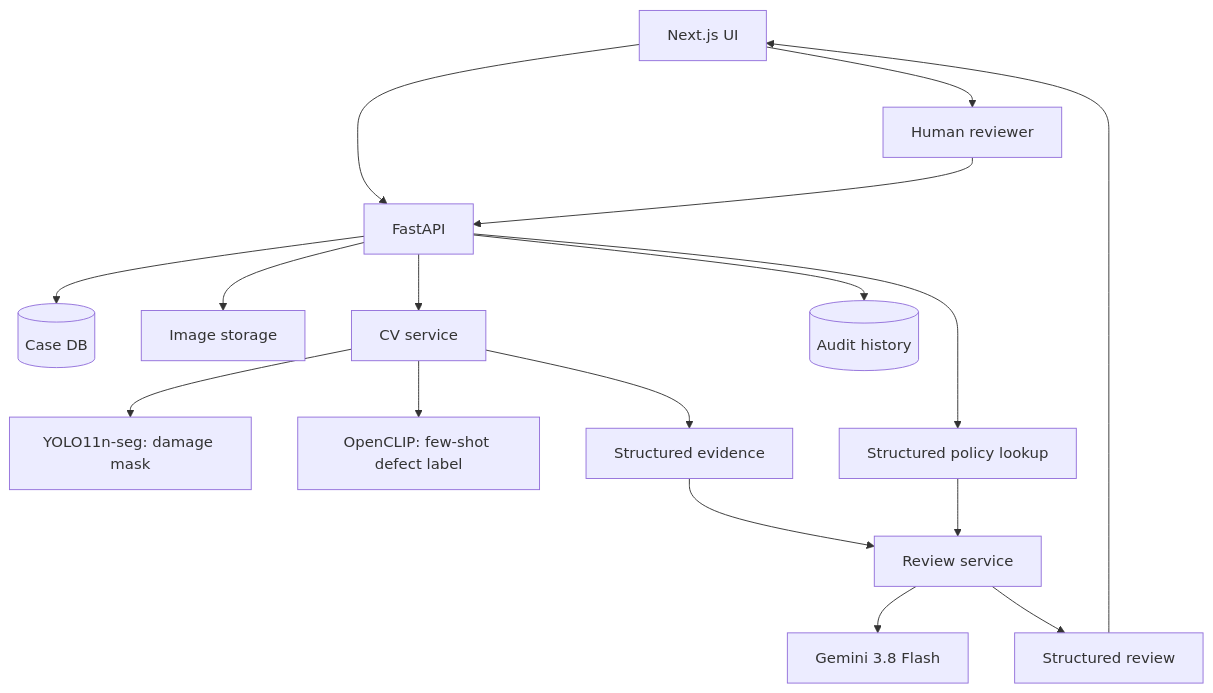
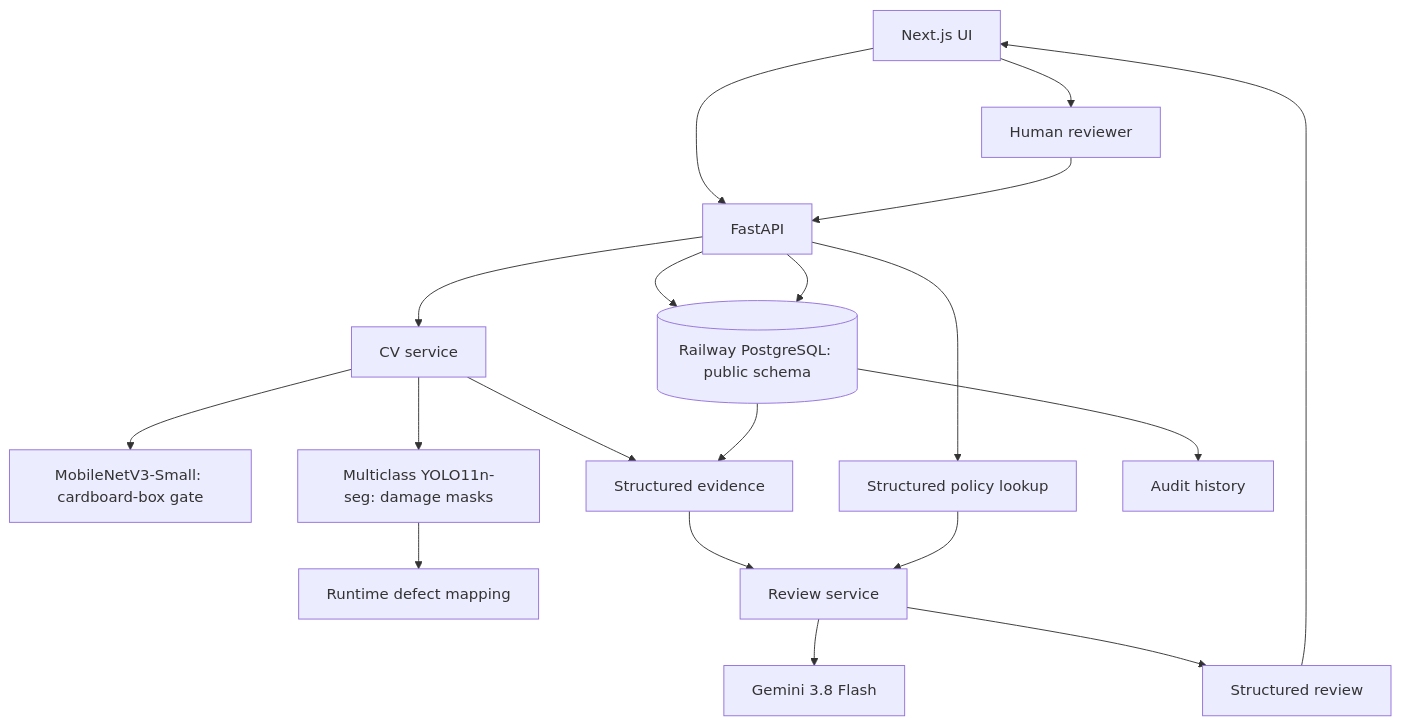
One commit to Rishikeshsanin/ReturnReview changed the diagram in docs/ARCHITECTURE.md. Above: the diagram before and after it, drawn with Mermaid. The commit also changed other lines of this file and 6 other files, not shown here.

````diff
--- a/docs/ARCHITECTURE.md
+++ b/docs/ARCHITECTURE.md
@@ -15,19 +22,21 @@
 ```mermaid
 flowchart TD
   UI[Next.js UI] --> API[FastAPI]
-  API --> CASES[(Case DB)]
-  API --> STORE[Image storage]
+  API --> DB[(Railway PostgreSQL: public schema)]
   API --> CV[CV service]
-  CV --> SEG[YOLO11n-seg: damage mask]
-  CV --> FEW[OpenCLIP: few-shot defect label]
+  CV --> CAT[MobileNetV3-Small: cardboard-box gate]
+  CV --> SEG[Multiclass YOLO11n-seg: damage masks]
+  SEG --> MAP[Runtime defect mapping]
   CV --> EV[Structured evidence]
   API --> POL[Structured policy lookup]
   EV --> AG[Review service]
   POL --> AG
   AG --> GEM[Gemini 3.8 Flash]
   AG --> REV[Structured review]
   REV --> UI
   UI --> HUMAN[Human reviewer]
   HUMAN --> API
-  API --> AUDIT[(Audit history)]
+  API --> DB
+  DB --> EV
+  DB --> AUDIT[Audit history]
 ```
````
